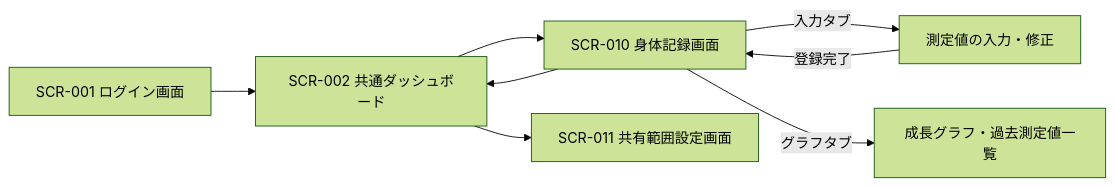
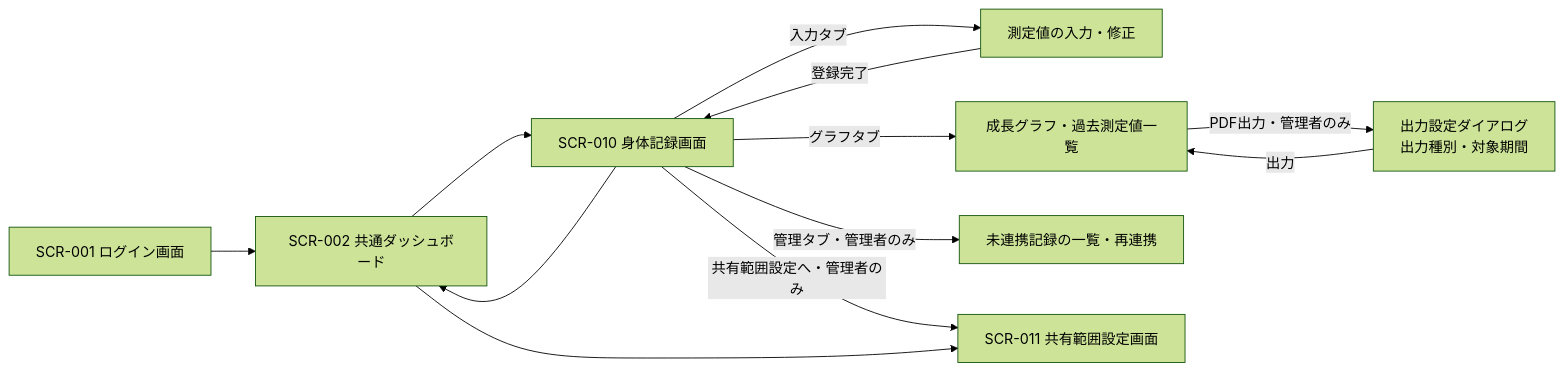
Before and after one commit to issei0423/sukusuku_system: the first of 2 diagrams in 基本設計書（身体記録のみ）.md, drawn with Mermaid (forest theme). The commit also changed other lines of this file, not shown here.

````diff
--- a/基本設計書（身体記録のみ）.md
+++ b/基本設計書（身体記録のみ）.md
@@ -168,10 +169,14 @@
 ```mermaid
 flowchart LR
     SCR001[SCR-001 ログイン画面] --> SCR002[SCR-002 共通ダッシュボード]
     SCR002 --> SCR010[SCR-010 身体記録画面]
     SCR010 -->|入力タブ| INPUT[測定値の入力・修正]
     SCR010 -->|グラフタブ| GRAPH[成長グラフ・過去測定値一覧]
+    SCR010 -->|管理タブ・管理者のみ| ADMIN[未連携記録の一覧・再連携]
     INPUT -->|登録完了| SCR010
-    SCR002 --> SCR011[SCR-011 共有範囲設定画面]
+    GRAPH -->|PDF出力・管理者のみ| PDFDLG[出力設定ダイアログ<br>出力種別・対象期間]
+    PDFDLG -->|出力| GRAPH
+    SCR010 -->|共有範囲設定へ・管理者のみ| SCR011[SCR-011 共有範囲設定画面]
+    SCR002 --> SCR011
     SCR010 --> SCR002
 ```
````
